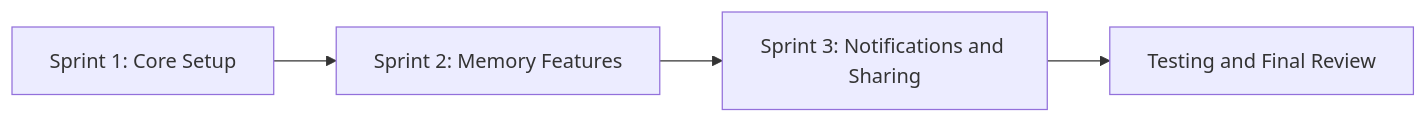
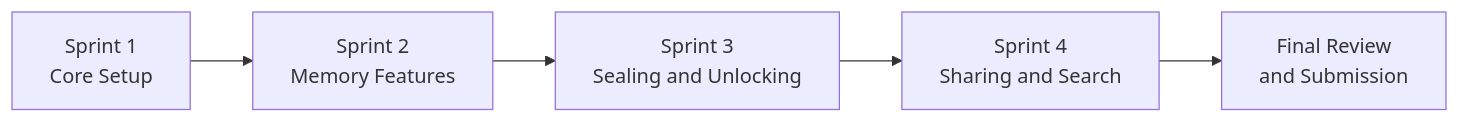
Before and after one commit to Newbie5553/Time-capsule_Digital-memories: the second of 2 diagrams in 02-Requirements-and-Backlog/Product-Backlog.md, drawn with Mermaid. The commit also changed other lines of this file, not shown here.

````diff
--- a/02-Requirements-and-Backlog/Product-Backlog.md
+++ b/02-Requirements-and-Backlog/Product-Backlog.md
@@ -85,6 +115,7 @@
 ```mermaid
 flowchart LR
-    A["Sprint 1: Core Setup"] --> B["Sprint 2: Memory Features"]
-    B --> C["Sprint 3: Notifications and Sharing"]
-    C --> D["Testing and Final Review"]
+    A["Sprint 1<br/>Core Setup"] --> B["Sprint 2<br/>Memory Features"]
+    B --> C["Sprint 3<br/>Sealing and Unlocking"]
+    C --> D["Sprint 4<br/>Sharing and Search"]
+    D --> E["Final Review<br/>and Submission"]
 ```
````
